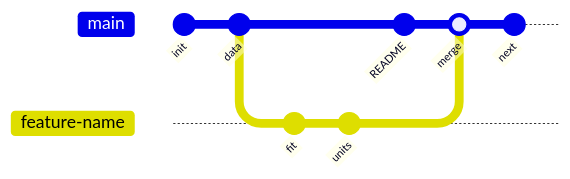
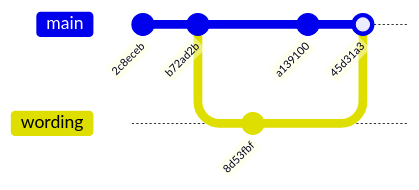
The third of 5 diagrams in lectures/content/slides/05_Version_Control.md (MindaugasSarpis/CERN_lessons_on_data_analysis), drawn with Mermaid before and after one commit. The commit also changed other lines of this file and 143 other files, not shown here.

````diff
--- a/lectures/content/slides/05_Version_Control.md
+++ b/lectures/content/slides/05_Version_Control.md
@@ -1050,13 +1895,11 @@
-```mermaid {scale: 1.3}
+```mermaid {scale: 0.85}
 gitGraph
-    commit id: "init"
-    commit id: "data"
-    branch feature-name
-    checkout feature-name
-    commit id: "fit"
-    commit id: "units"
+    commit id: "2c8eceb"
+    commit id: "b72ad2b"
+    branch wording
+    checkout wording
+    commit id: "8d53fbf"
     checkout main
-    commit id: "README"
-    merge feature-name id: "merge"
-    commit id: "next"
+    commit id: "a139100"
+    merge wording id: "45d31a3"
 ```
````
